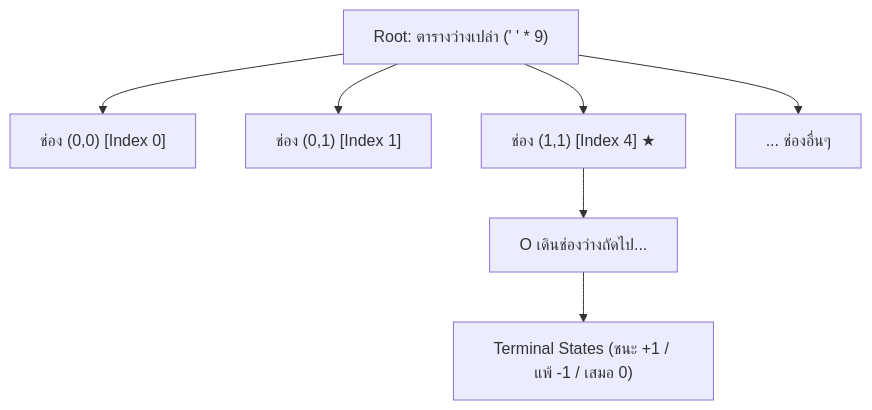
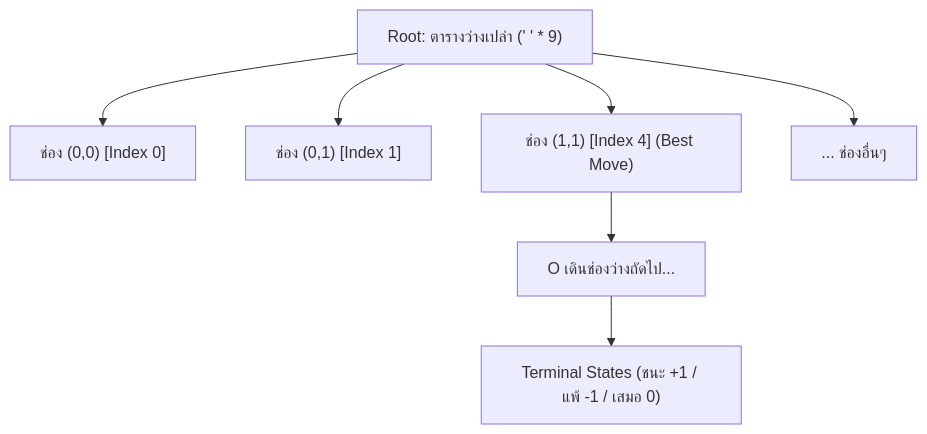
The diagram in README.md (tangpadon/OX-PYTHON-BFS), drawn with Mermaid before and after one commit. The commit also changed other lines of this file and 14 other files, not shown here.

````diff
--- a/README.md
+++ b/README.md
@@ -73,10 +94,10 @@
 ```mermaid
 graph TD
     Root["Root: ตารางว่างเปล่า (' ' * 9)"] --> L1_1["ช่อง (0,0) [Index 0]"]
     Root --> L1_2["ช่อง (0,1) [Index 1]"]
-    Root --> L1_5["ช่อง (1,1) [Index 4] ★"]
+    Root --> L1_5["ช่อง (1,1) [Index 4] (Best Move)"]
     Root --> L1_9["... ช่องอื่นๆ"]
     
     L1_5 --> L2_1["O เดินช่องว่างถัดไป..."]
     L2_1 --> L_terminal["Terminal States (ชนะ +1 / แพ้ -1 / เสมอ 0)"]
 ```
````
